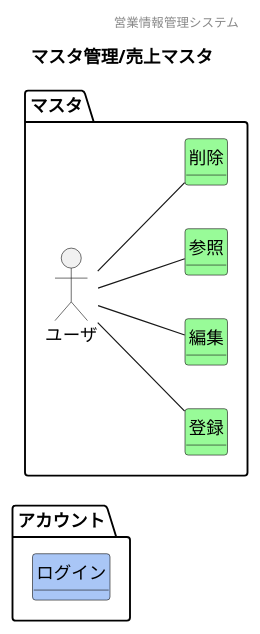
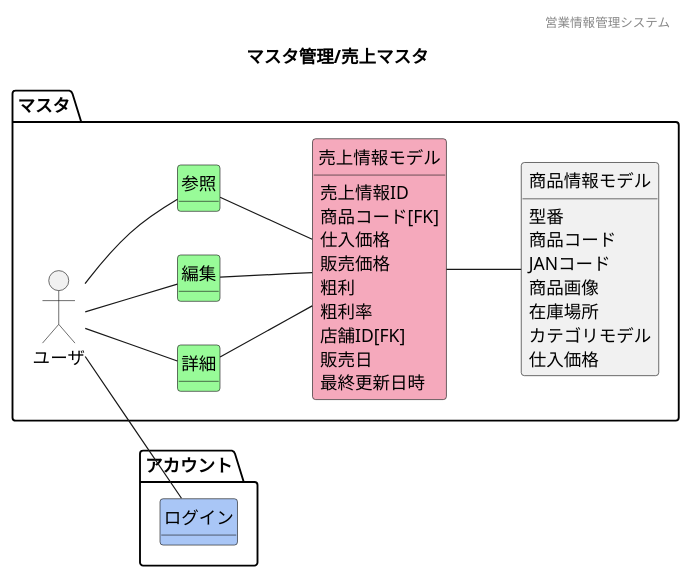
The diagram in 各種設計書/1ドメインモデル図/マスタ管理/F04売上マスタ.plantuml (HaruShim/Sotuken), drawn with PlantUML before and after one commit. The commit also changed 13 other files, not shown here.

```diff
--- a/各種設計書/1ドメインモデル図/マスタ管理/F04売上マスタ.plantuml
+++ b/各種設計書/1ドメインモデル図/マスタ管理/F04売上マスタ.plantuml
@@ -1,40 +1,61 @@
 @startuml images/マスタ管理/売上マスタ
 ' ヘッダー
 header 営業情報管理システム
 ' タイトル
 title マスタ管理/売上マスタ
 ' 
 hide circle
 ' 
 hide method
 left to right direction
 
 package "アカウント"{
     class "ログイン" #A9C6F6
 }
 
 package "マスタ" {
     'ユーザや外部システム
     mix_actor "ユーザ"
-    class "登録" #98fb98
+    class "詳細" #98fb98
     class "編集" #98fb98
     class "参照" #98fb98
-    class "削除" #98fb98
+    class "売上情報モデル" #F5A9BC 
+    class "商品情報モデル"
+    
     ' class "" #F5A9BC
     ' class "" #ffd700
 
     'モデル同士の関係
     ユーザ -- 参照
-    ユーザ -- 登録
     ユーザ -- 編集
-    ユーザ -- 削除
+    ユーザ -- 詳細
+    ユーザ -- ログイン
+    参照 -- 売上情報モデル
+    編集 -- 売上情報モデル
+    詳細 -- 売上情報モデル
+    売上情報モデル -- 商品情報モデル
 
     'ドメインクラスの属性
-
+    売上情報モデル : 売上情報ID
+    売上情報モデル : 商品コード[FK]
+    売上情報モデル : 仕入価格
+    売上情報モデル : 販売価格
+    売上情報モデル : 粗利
+    売上情報モデル : 粗利率
+    売上情報モデル : 店舗ID[FK]
+    売上情報モデル : 販売日
+    売上情報モデル : 最終更新日時
+    商品情報モデル : 型番
+    商品情報モデル : 商品コード
+    商品情報モデル : JANコード
+    商品情報モデル : 商品画像
+    商品情報モデル : 在庫場所
+    商品情報モデル : カテゴリモデル
+    商品情報モデル : 仕入価格
 }
 
 
 
 
 
 @enduml
```
